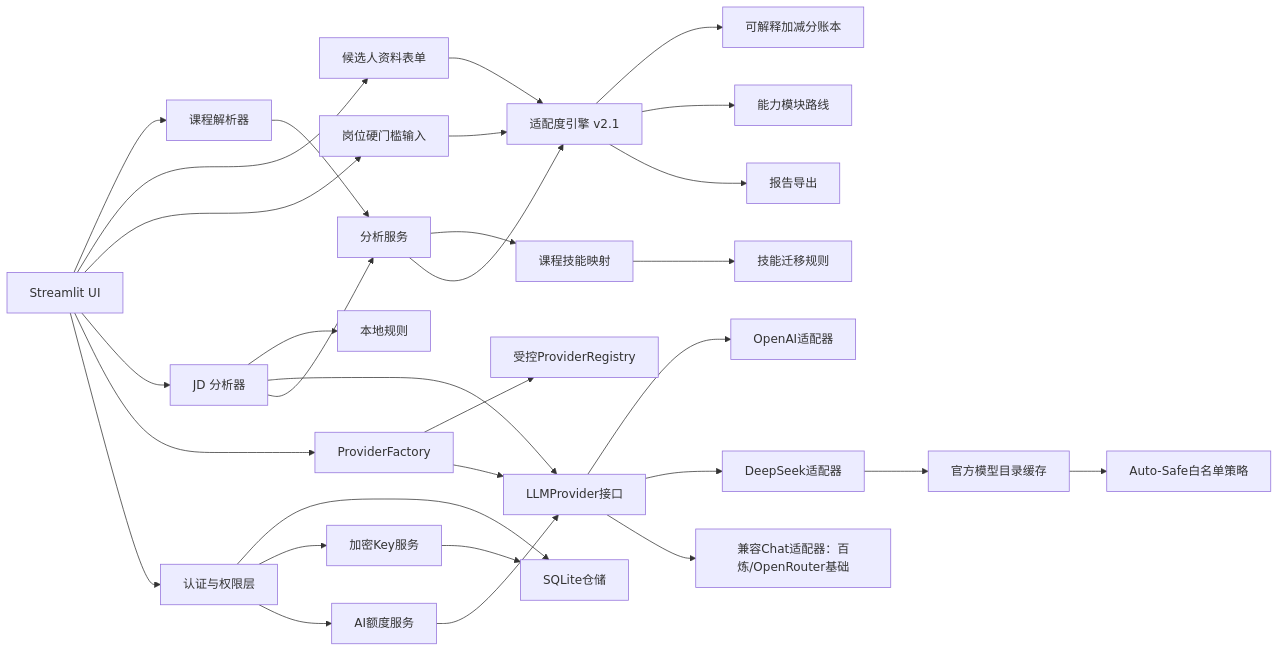
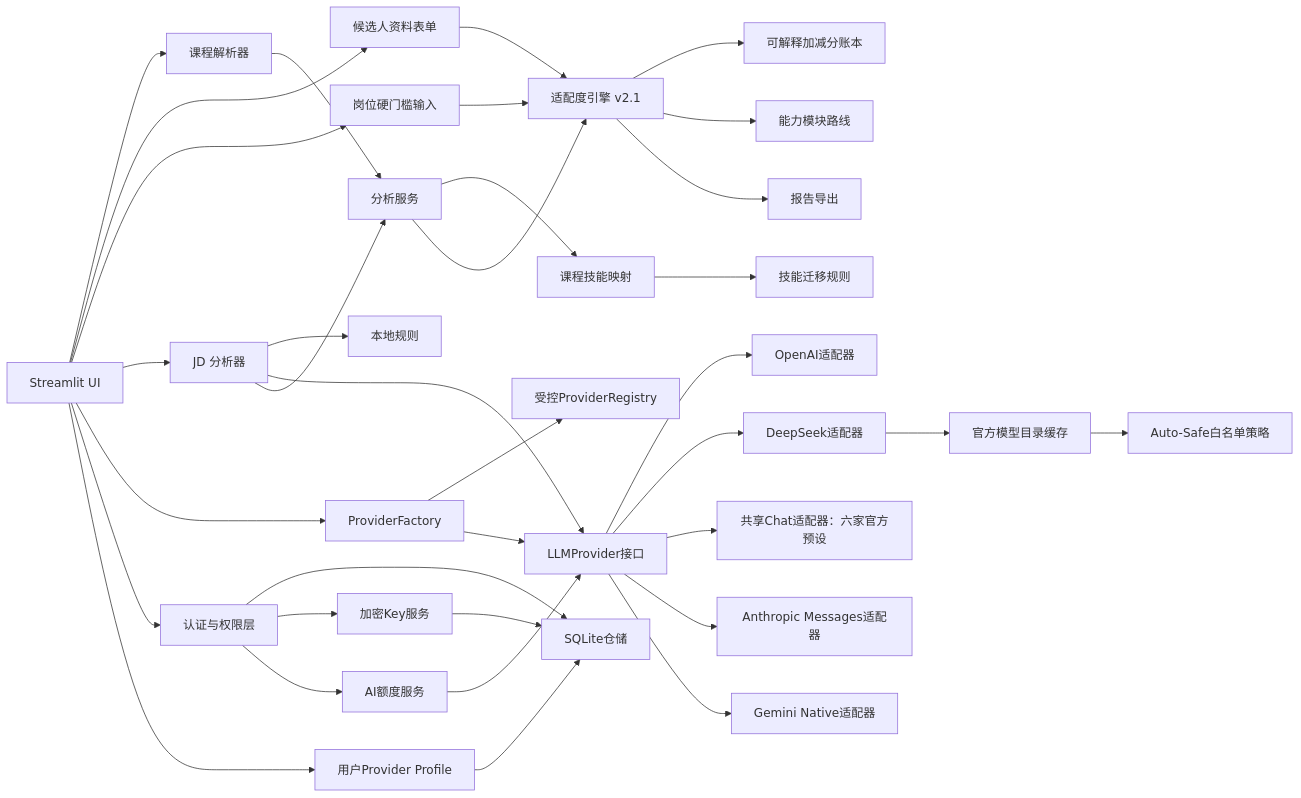
One commit to tcjyq/mhj-course2career changed the diagram in docs/architecture.md. Above: the diagram before and after it, drawn with Mermaid. The commit also changed other lines of this file and 33 other files, not shown here.

````diff
--- a/docs/architecture.md
+++ b/docs/architecture.md
@@ -7,33 +7,37 @@
 ```mermaid
 flowchart LR
     UI["Streamlit UI"] --> CP["课程解析器"]
     UI --> PROFILE["候选人资料表单"]
     UI --> GATE["岗位硬门槛输入"]
     UI --> JD["JD 分析器"]
     JD --> RULE["本地规则"]
     JD --> LLM["LLMProvider接口"]
     UI --> FACTORY["ProviderFactory"]
     FACTORY --> REGISTRY["受控ProviderRegistry"]
     FACTORY --> LLM
     LLM --> OPENAI["OpenAI适配器"]
     LLM --> DEEPSEEK["DeepSeek适配器"]
-    LLM --> COMPAT["兼容Chat适配器：百炼/OpenRouter基础"]
+    LLM --> COMPAT["共享Chat适配器：六家官方预设"]
+    LLM --> ANTHROPIC["Anthropic Messages适配器"]
+    LLM --> GEMINI["Gemini Native适配器"]
     DEEPSEEK --> CATALOG["官方模型目录缓存"]
     CATALOG --> POLICY["Auto-Safe白名单策略"]
     UI --> AUTH["认证与权限层"]
     AUTH --> DB["SQLite仓储"]
     AUTH --> KEYS["加密Key服务"]
     KEYS --> DB
+    UI --> PREF["用户Provider Profile"]
+    PREF --> DB
     AUTH --> USAGE["AI额度服务"]
     USAGE --> LLM
     CP --> SERVICE["分析服务"]
     PROFILE --> ADAPT["适配度引擎 v2.1"]
     GATE --> ADAPT
     JD --> SERVICE
     SERVICE --> MAP["课程技能映射"]
     MAP --> TRANSFER["技能迁移规则"]
     SERVICE --> ADAPT
     ADAPT --> LEDGER["可解释加减分账本"]
     ADAPT --> PATH["能力模块路线"]
     ADAPT --> REPORT["报告导出"]
 ```
````
